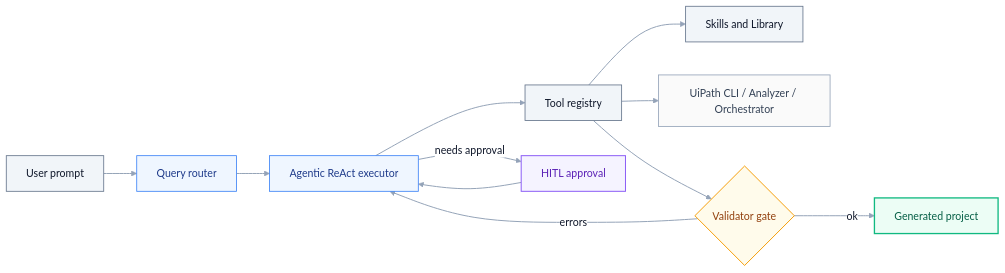
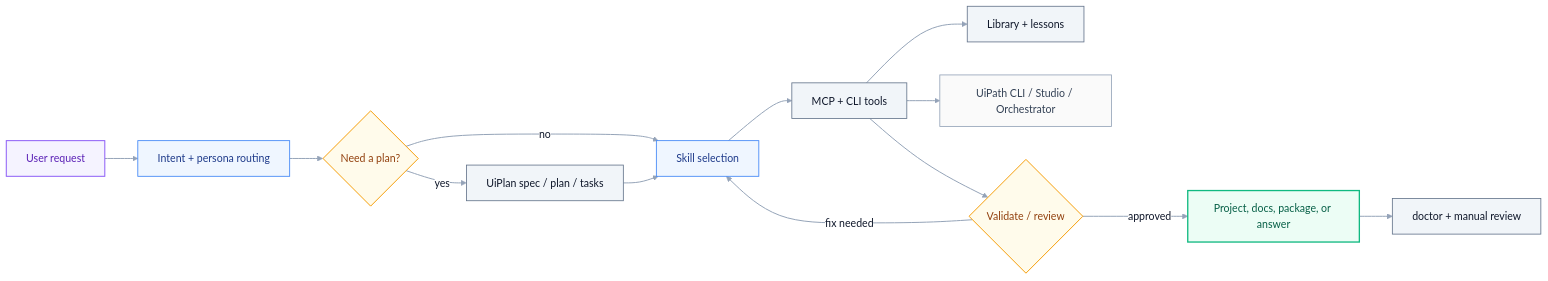
The first of 6 diagrams in README.md (DanielaRosenn/uiplan-agent-of-agents), drawn with Mermaid before and after one commit. The commit also changed other lines of this file and 1 other file, not shown here.

Commit message:
docs: refresh project README

````diff
--- a/README.md
+++ b/README.md
@@ -26,24 +38,26 @@
 ```mermaid
 %%{init: {'theme':'base','themeVariables':{'primaryColor':'#E2E8F0','primaryTextColor':'#0F172A','primaryBorderColor':'#94A3B8','lineColor':'#94A3B8','secondaryColor':'#F1F5F9','tertiaryColor':'#F8FAFC','background':'#FFFFFF','clusterBkg':'#F8FAFC','clusterBorder':'#CBD5E1','titleColor':'#0F172A','edgeLabelBackground':'#FFFFFF','fontFamily':'Inter, ui-sans-serif, system-ui'}}}%%
 flowchart LR
-    User[User prompt]:::process --> Router[Query router]:::service
-    Router --> Executor[Agentic ReAct executor]:::service
-    Executor --> Tools[Tool registry]:::process
-    Tools --> Skills[Skills and Library]:::data
-    Tools --> UiPath[UiPath CLI / Analyzer / Orchestrator]:::external
-    Tools --> Validator{Validator gate}:::decision
-    Validator -->|errors| Executor
-    Validator -->|ok| Output[Generated project]:::success
-    Executor -->|needs approval| Human[HITL approval]:::human
-    Human --> Executor
+    User[User request]:::human --> Intent[Intent + persona routing]:::service
+    Intent --> Plan{Need a plan?}:::decision
+    Plan -->|yes| UiPlan[UiPlan spec / plan / tasks]:::process
+    Plan -->|no| Skill[Skill selection]:::service
+    UiPlan --> Skill
+    Skill --> Tools[MCP + CLI tools]:::process
+    Tools --> Library[Library + lessons]:::data
+    Tools --> UiPath[UiPath CLI / Studio / Orchestrator]:::external
+    Tools --> Validate{Validate / review}:::decision
+    Validate -->|fix needed| Skill
+    Validate -->|approved| Output[Project, docs, package, or answer]:::success
+    Output --> Doctor[doctor + manual review]:::process
 
     classDef process  fill:#F1F5F9,stroke:#64748B,color:#0F172A,stroke-width:1.25px
     classDef service  fill:#EFF6FF,stroke:#3B82F6,color:#1E3A8A,stroke-width:1.25px
     classDef data     fill:#F1F5F9,stroke:#64748B,color:#0F172A,stroke-width:1.25px
     classDef external fill:#FAFAFA,stroke:#94A3B8,color:#334155,stroke-width:1.25px
     classDef decision fill:#FFFBEB,stroke:#F59E0B,color:#92400E,stroke-width:1.5px
     classDef success  fill:#ECFDF5,stroke:#10B981,color:#065F46,stroke-width:2px
     classDef human    fill:#F5F3FF,stroke:#8B5CF6,color:#5B21B6,stroke-width:1.5px
 
     linkStyle default stroke:#94A3B8,stroke-width:1.5px
 ```
````
